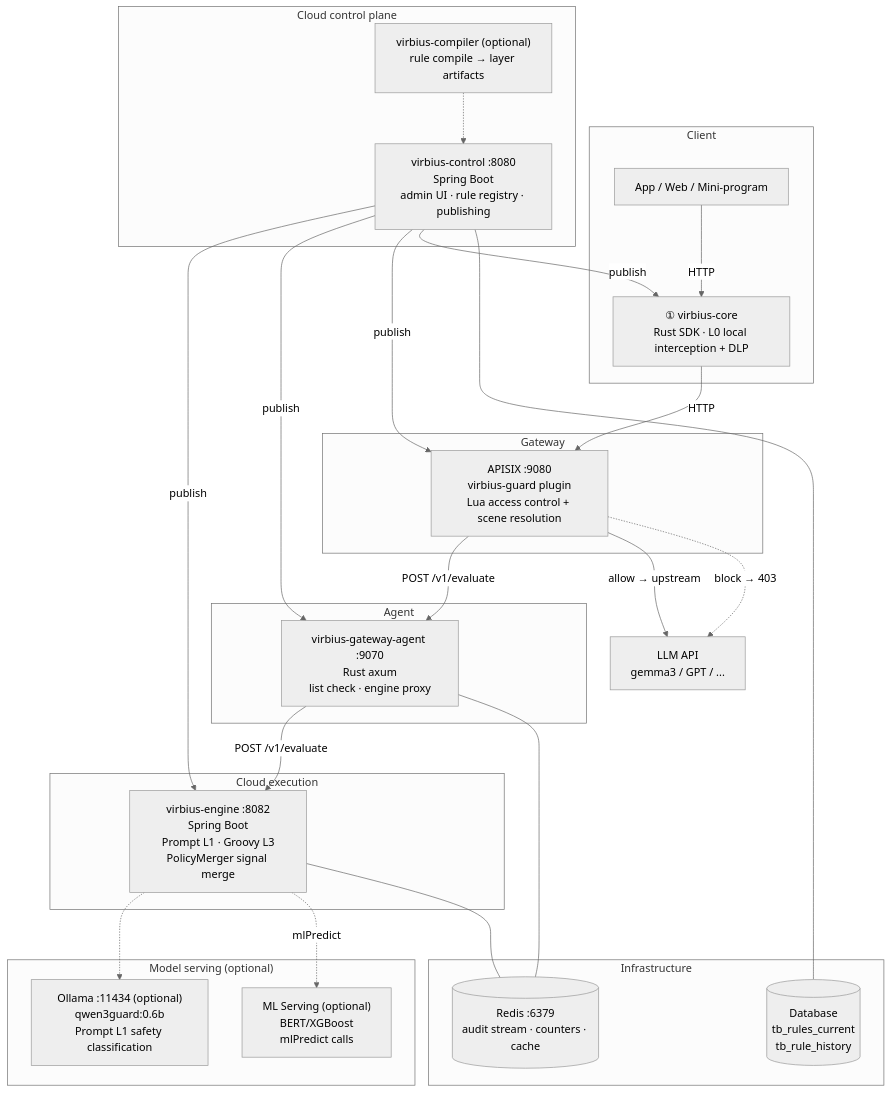
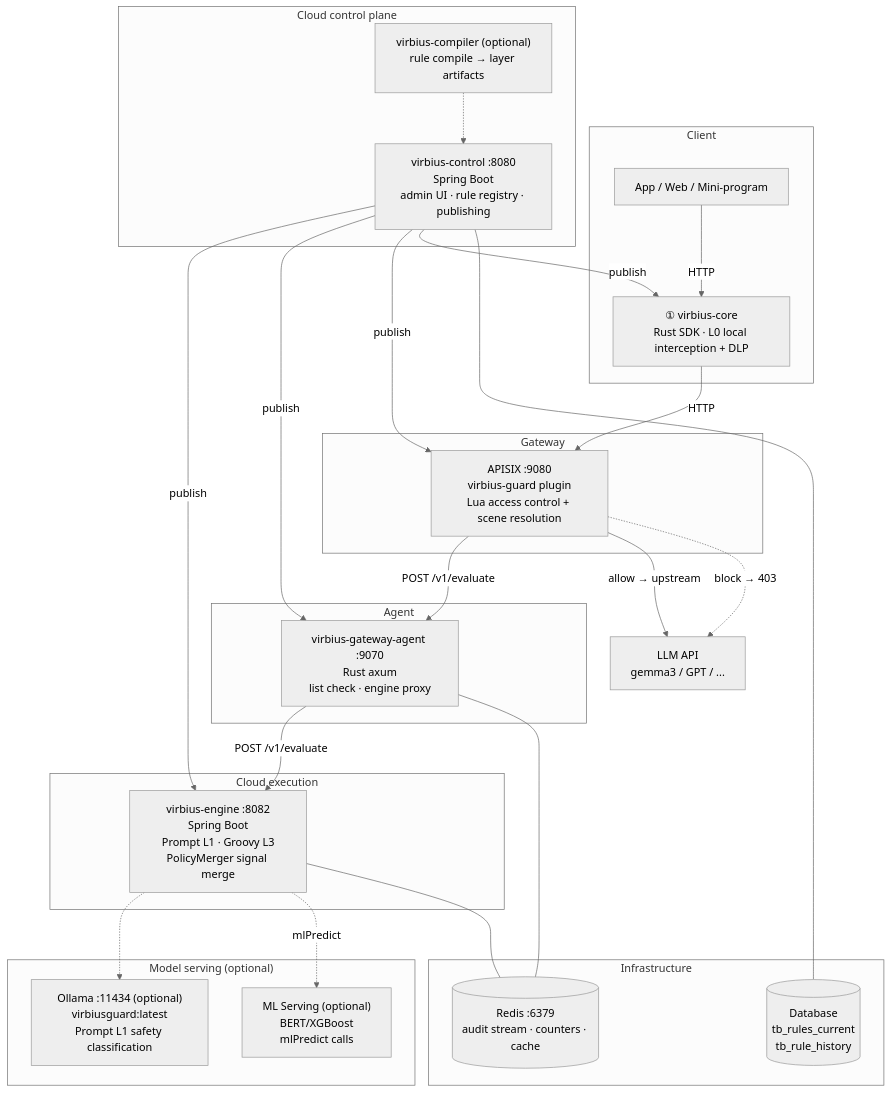
One commit to i1see1you/VirbiusLLM changed the second of 2 diagrams in README.md. Above: the diagram before and after it, drawn with Mermaid (neutral theme). The commit also changed other lines of this file and 45 other files, not shown here.

````diff
--- a/README.md
+++ b/README.md
@@ -533,49 +533,49 @@
 ```mermaid
 flowchart TB
     subgraph Client["Client"]
         APP["App / Web / Mini-program"]
         EDGE["① virbius-core<br/>Rust SDK · L0 local interception + DLP"]
     end
 
     subgraph Gateway["Gateway"]
         APISIX["APISIX :9080<br/>virbius-guard plugin<br/>Lua access control + scene resolution"]
     end
 
     subgraph Agent["Agent"]
         AGENT["virbius-gateway-agent :9070<br/>Rust axum<br/>list check · engine proxy"]
     end
 
     subgraph Engine["Cloud execution"]
         ENGINE["virbius-engine :8082<br/>Spring Boot<br/>Prompt L1 · Groovy L3<br/>PolicyMerger signal merge"]
     end
 
     subgraph Control["Cloud control plane"]
         CONTROL["virbius-control :8080<br/>Spring Boot<br/>admin UI · rule registry · publishing"]
         COMPILER["virbius-compiler (optional)<br/>rule compile → layer artifacts"]
     end
 
     subgraph Models["Model serving (optional)"]
-        OLLAMA["Ollama :11434 (optional)<br/>qwen3guard:0.6b<br/>Prompt L1 safety classification"]
+        OLLAMA["Ollama :11434 (optional)<br/>virbiusguard:latest<br/>Prompt L1 safety classification"]
         ML["ML Serving (optional)<br/>BERT/XGBoost<br/>mlPredict calls"]
     end
 
     subgraph Infra["Infrastructure"]
         REDIS[("Redis :6379<br/>audit stream · counters · cache")]
         DB[("Database<br/>tb_rules_current<br/>tb_rule_history")]
     end
 
     APP -->|"HTTP"| EDGE -->|"HTTP"| APISIX
     APISIX -->|"POST /v1/evaluate"| AGENT -->|"POST /v1/evaluate"| ENGINE
     ENGINE -.-> OLLAMA
     ENGINE -.->|"mlPredict"| ML
     APISIX -->|"allow → upstream"| LLM["LLM API<br/>gemma3 / GPT / ..."]
     APISIX -.->|"block → 403"| LLM
     CONTROL -->|"publish"| ENGINE
     CONTROL -->|"publish"| AGENT
     CONTROL -->|"publish"| APISIX
     CONTROL -->|"publish"| EDGE
     COMPILER -.-> CONTROL
     CONTROL --- DB
     AGENT --- REDIS
     ENGINE --- REDIS
 ```
````
